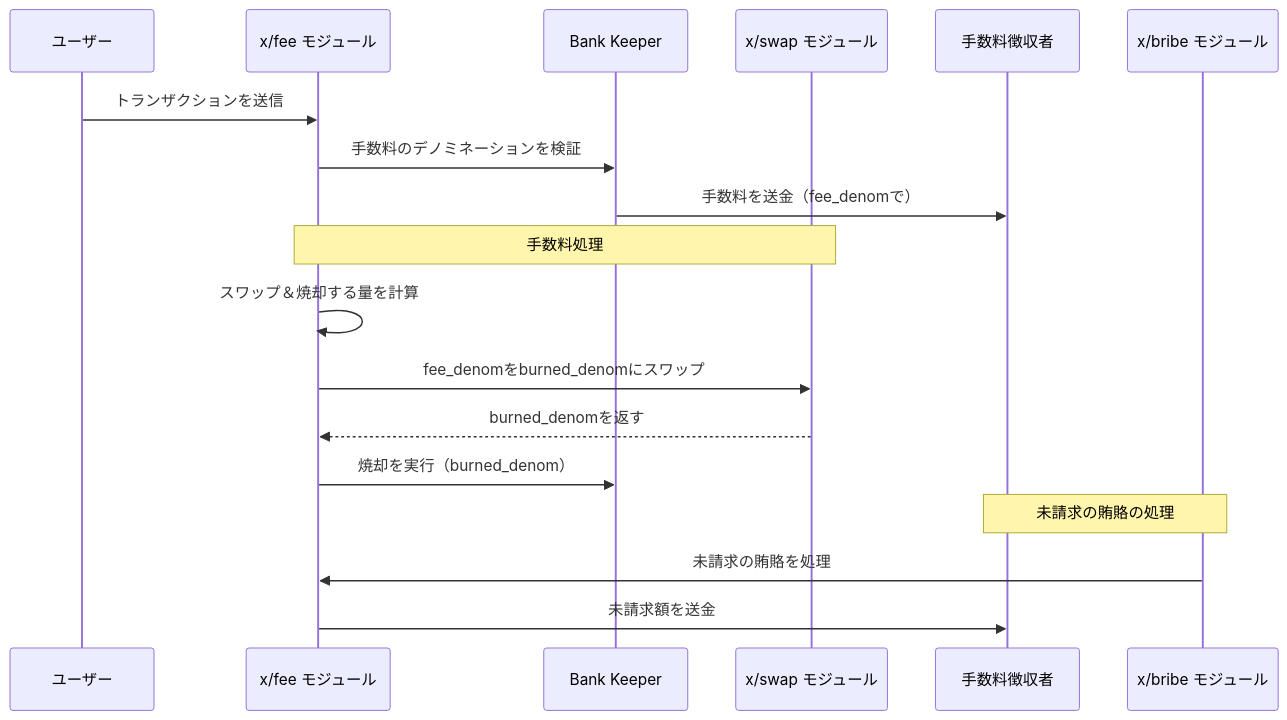
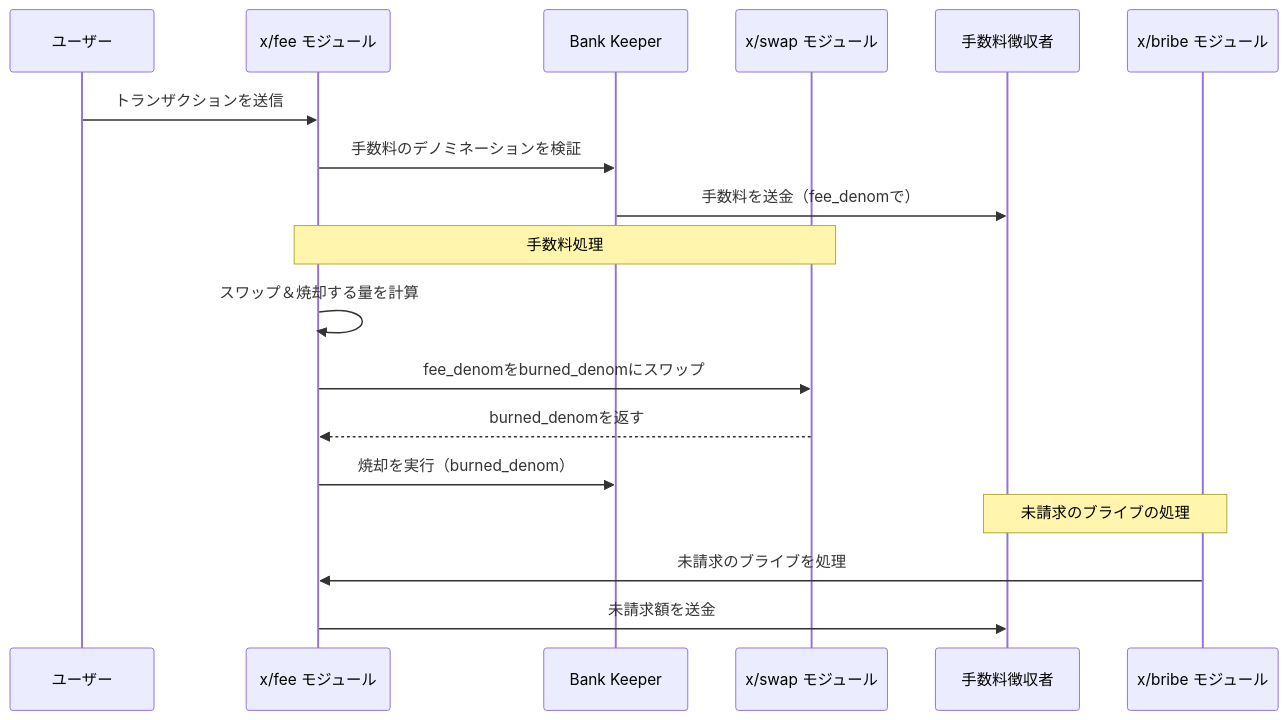
Before and after one commit to sunriselayer/sunrise-docs-ja: the diagram in src/content/docs/learn/sunrise/fee.md, drawn with Mermaid. The commit also changed 26 other files, not shown here.

````diff
--- a/src/content/docs/learn/sunrise/fee.md
+++ b/src/content/docs/learn/sunrise/fee.md
@@ -59,23 +59,23 @@
 ```mermaid
 sequenceDiagram
     participant User as ユーザー
     participant FeeModule as x/fee モジュール
     participant BankKeeper as Bank Keeper
     participant SwapModule as x/swap モジュール
     participant FeeCollector as 手数料徴収者
     participant BribeModule as x/bribe モジュール
 
     User->>FeeModule: トランザクションを送信
     FeeModule->>BankKeeper: 手数料のデノミネーションを検証
     BankKeeper->>FeeCollector: 手数料を送金（fee_denomで）
 
     note over FeeModule, SwapModule: 手数料処理
     FeeModule->>FeeModule: スワップ＆焼却する量を計算
     FeeModule->>SwapModule: fee_denomをburned_denomにスワップ
     SwapModule-->>FeeModule: burned_denomを返す
     FeeModule->>BankKeeper: 焼却を実行（burned_denom）
 
-    note over BribeModule, FeeCollector: 未請求の賄賂の処理
-    BribeModule->>FeeModule: 未請求の賄賂を処理
+    note over BribeModule, FeeCollector: 未請求のブライブの処理
+    BribeModule->>FeeModule: 未請求のブライブを処理
     FeeModule->>FeeCollector: 未請求額を送金
 ```
````
